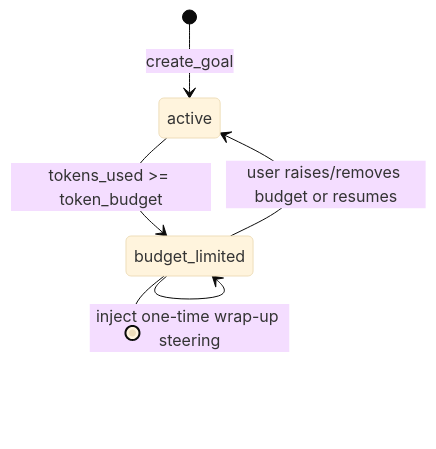
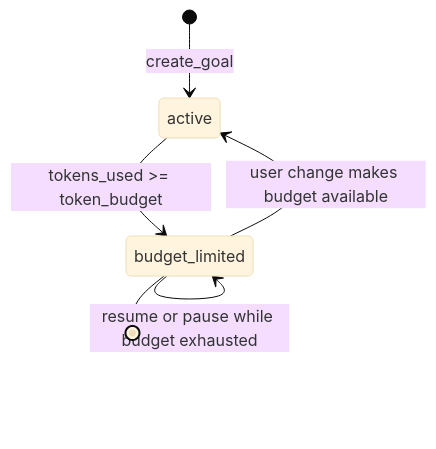
One commit to WeZZard/pi-secretary changed the fifth of 6 diagrams in docs/arch/architecture.md. Above: the diagram before and after it, drawn with Mermaid (base theme). The commit also changed other lines of this file and 32 other files, not shown here.

````diff
--- a/docs/arch/architecture.md
+++ b/docs/arch/architecture.md
@@ -286,8 +310,9 @@
 ```mermaid
 stateDiagram-v2
     [*] --> active: create_goal
     active --> budget_limited: tokens_used >= token_budget
     budget_limited --> budget_limited: inject one-time wrap-up steering
-    budget_limited --> active: user raises/removes budget or resumes
+    budget_limited --> active: user change makes budget available
+    budget_limited --> budget_limited: resume or pause while budget exhausted
     budget_limited --> [*]
 ```
````
